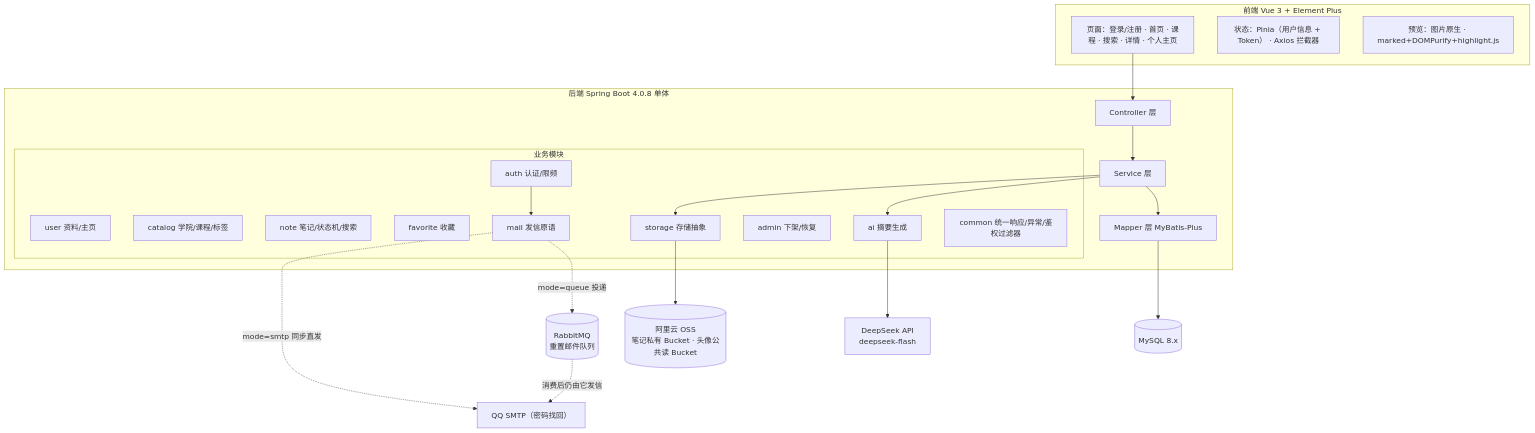
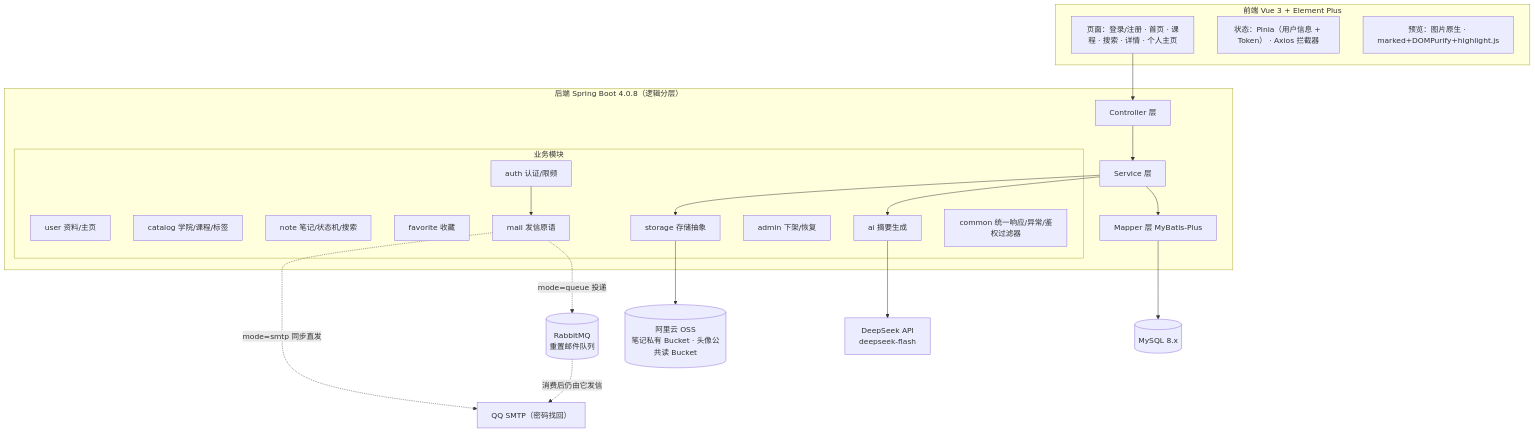
One commit to ShiwarHoufu/jotang-note changed the first of 3 diagrams in docs/系统设计.md. Above: the diagram before and after it, drawn with Mermaid. The commit also changed other lines of this file and 80 other files, not shown here.

````diff
--- a/docs/系统设计.md
+++ b/docs/系统设计.md
@@ -9,40 +9,40 @@
 ```mermaid
 flowchart TB
   subgraph FE["前端 Vue 3 + Element Plus"]
     P1["页面：登录/注册 · 首页 · 课程 · 搜索 · 详情 · 个人主页"]
     P2["状态：Pinia（用户信息 + Token） · Axios 拦截器"]
     P3["预览：图片原生 · marked+DOMPurify+highlight.js"]
   end
 
-  subgraph BE["后端 Spring Boot 4.0.8 单体"]
+  subgraph BE["后端 Spring Boot 4.0.8（逻辑分层）"]
     C["Controller 层"]
     S["Service 层"]
     M["Mapper 层 MyBatis-Plus"]
     subgraph MOD["业务模块"]
       MA["auth 认证/限频"]
       MU["user 资料/主页"]
       MC["catalog 学院/课程/标签"]
       MN["note 笔记/状态机/搜索"]
       MF["favorite 收藏"]
       MS["storage 存储抽象"]
       MMail["mail 发信原语"]
       MAdm["admin 下架/恢复"]
       MAI["ai 摘要生成"]
       CM["common 统一响应/异常/鉴权过滤器"]
     end
   end
 
   DB[("MySQL 8.x")]
   OSS[("阿里云 OSS<br/>笔记私有 Bucket · 头像公共读 Bucket")]
   MAIL["QQ SMTP（密码找回）"]
   MQ[("RabbitMQ<br/>重置邮件队列")]
   LLM["DeepSeek API<br/>deepseek-flash"]
 
   P1 --> C --> S --> M --> DB
   S --> MS --> OSS
   MA --> MMail
   MMail -.->|mode=smtp 同步直发| MAIL
   MMail -.->|mode=queue 投递| MQ
   MQ -.->|消费后仍由它发信| MAIL
   S --> MAI --> LLM
 ```
````
